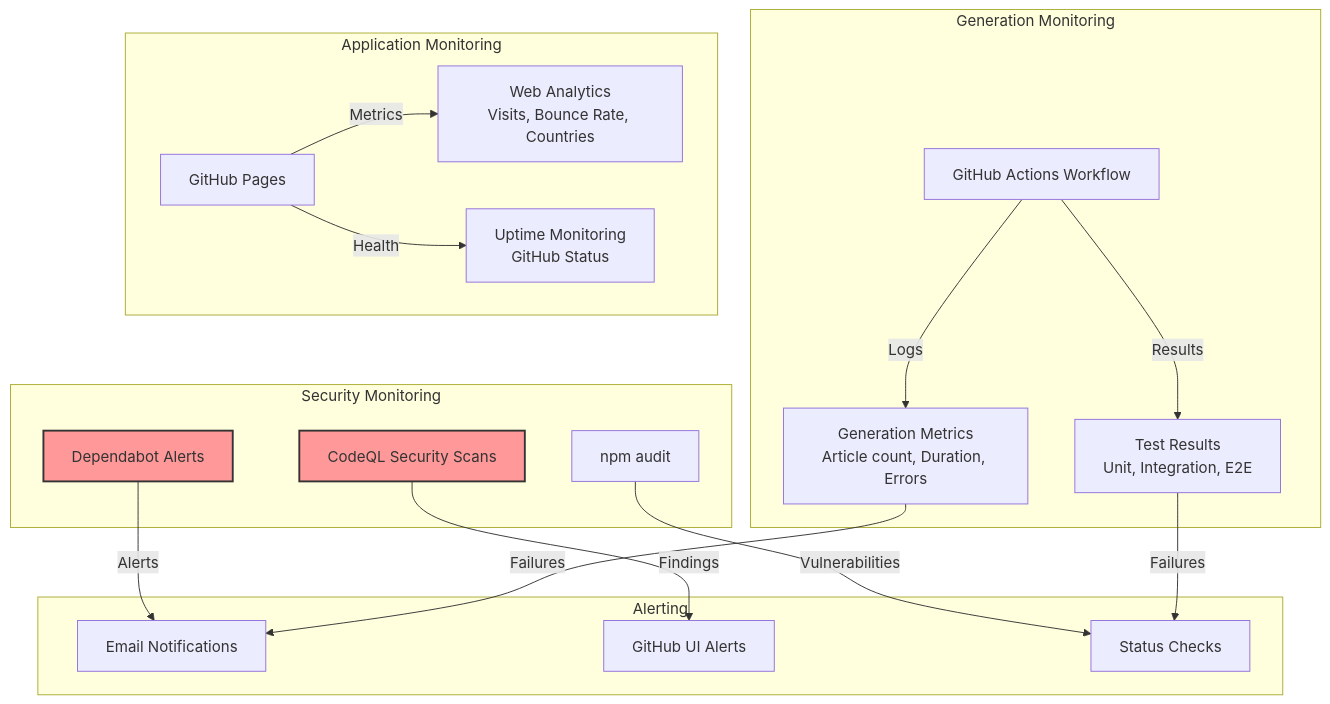
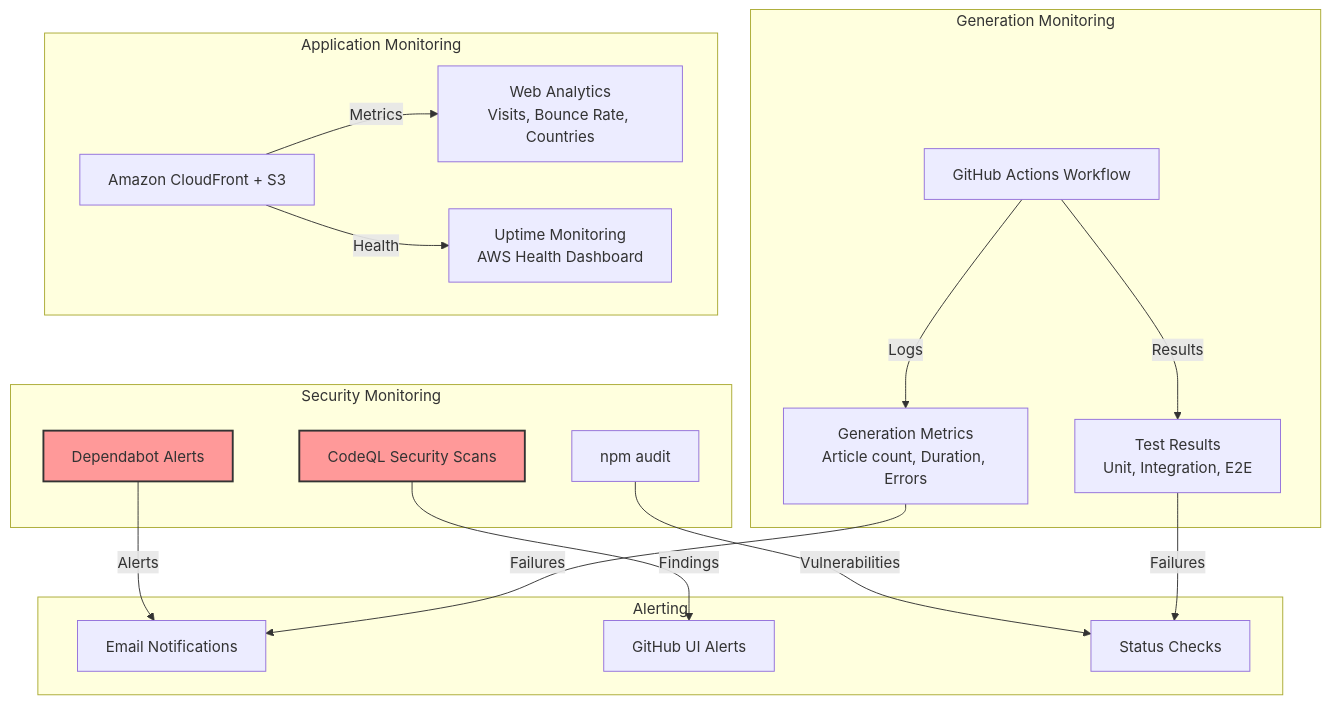
Before and after one commit to Hack23/euparliamentmonitor: the tenth of 12 diagrams in ARCHITECTURE.md, drawn with Mermaid. The commit also changed other lines of this file, not shown here.

Commit message:
docs: fix deployment references and current-state accuracy in ARCHITECTURE.md

````diff
--- a/ARCHITECTURE.md
+++ b/ARCHITECTURE.md
@@ -735,40 +718,40 @@
 ```mermaid
 graph TB
     subgraph "Generation Monitoring"
         Workflow[GitHub Actions Workflow]
         GenMetrics[Generation Metrics<br/>Article count, Duration, Errors]
         TestResults[Test Results<br/>Unit, Integration, E2E]
     end
     
     subgraph "Application Monitoring"
-        Pages[GitHub Pages]
+        Pages[Amazon CloudFront + S3]
         Analytics[Web Analytics<br/>Visits, Bounce Rate, Countries]
-        Uptime[Uptime Monitoring<br/>GitHub Status]
+        Uptime[Uptime Monitoring<br/>AWS Health Dashboard]
     end
     
     subgraph "Security Monitoring"
         Dependabot[Dependabot Alerts]
         CodeQL[CodeQL Security Scans]
         Audit[npm audit]
     end
     
     subgraph "Alerting"
         Email[Email Notifications]
         GitHubUI[GitHub UI Alerts]
         Status[Status Checks]
     end
     
     Workflow -->|Logs| GenMetrics
     Workflow -->|Results| TestResults
     Pages -->|Metrics| Analytics
     Pages -->|Health| Uptime
     Dependabot -->|Alerts| Email
     CodeQL -->|Findings| GitHubUI
     Audit -->|Vulnerabilities| Status
     
     GenMetrics -->|Failures| Email
     TestResults -->|Failures| Status
     
     style Dependabot fill:#f99,stroke:#333,stroke-width:2px
     style CodeQL fill:#f99,stroke:#333,stroke-width:2px
 ```
````
